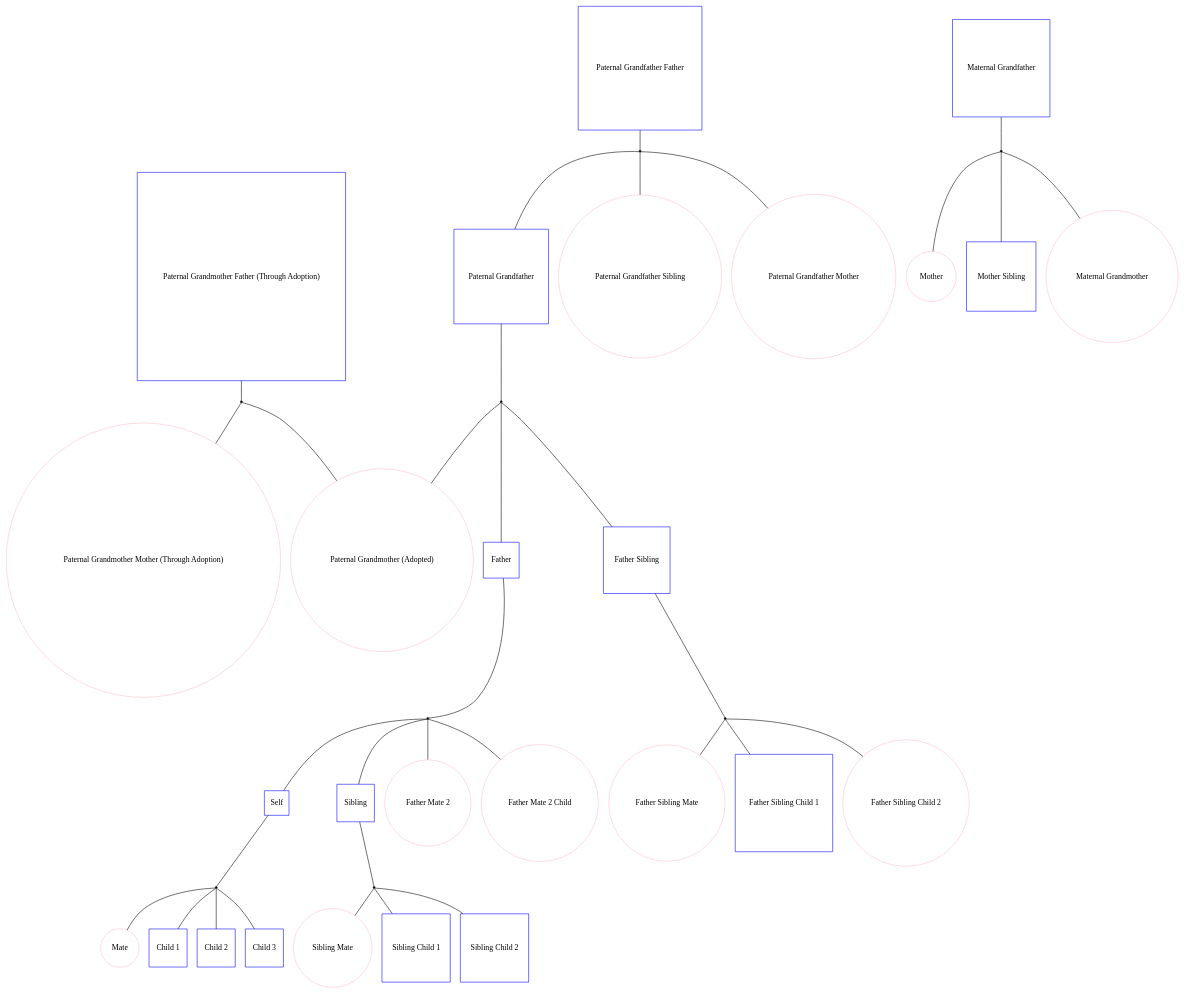
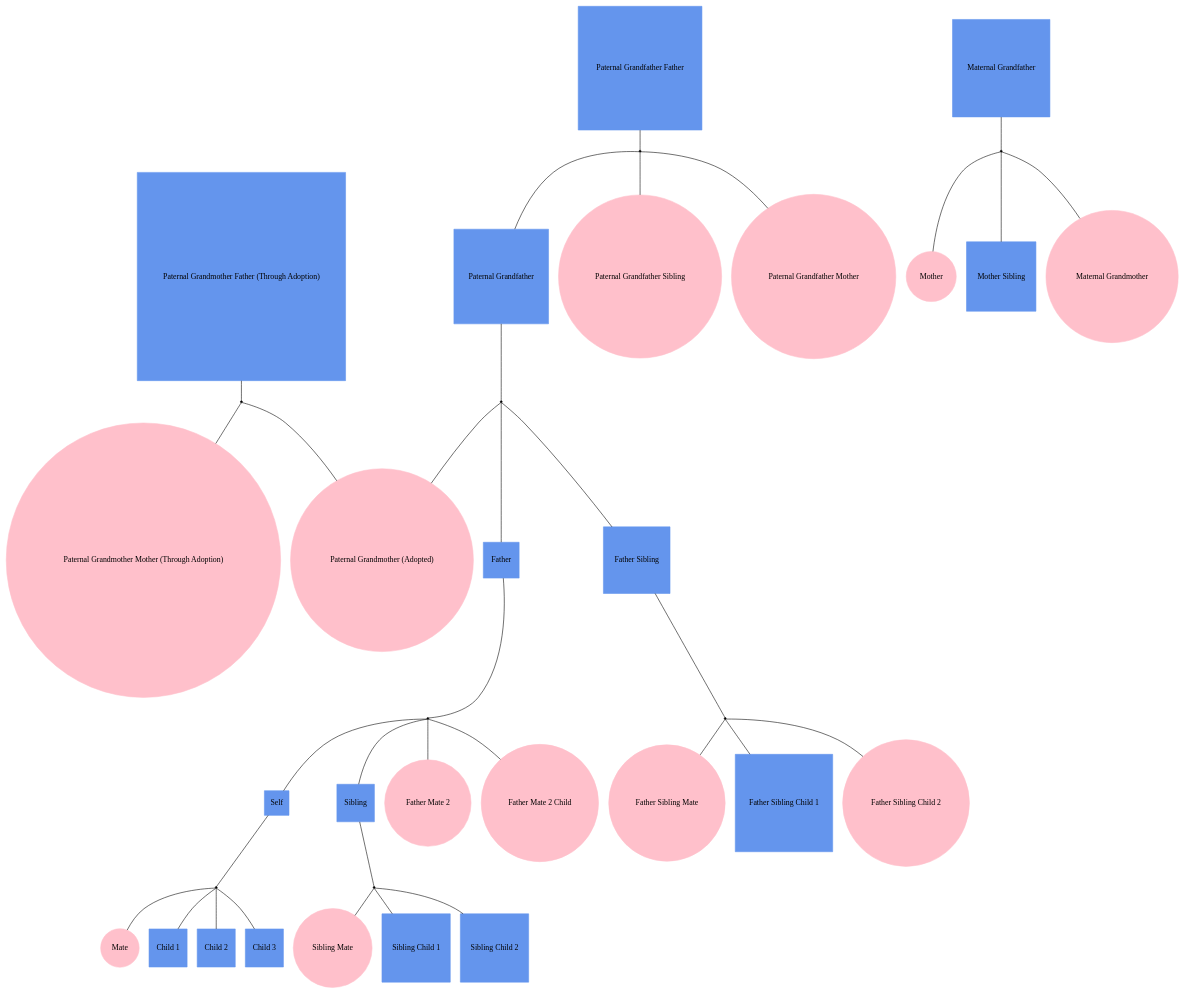
One commit to phewing/teamM_L changed the diagram in encoder/out18.gv. Above: the diagram before and after it, drawn with Graphviz. The commit also changed 21 other files, not shown here.

```diff
--- a/encoder/out18.gv
+++ b/encoder/out18.gv
@@ -1,66 +1,66 @@
 
 graph f18 {
-"Self" [shape=box, regular=1, color="blue"];
-"Mate" [shape=oval, regular=1, color="pink"];
-"Child 1" [shape=box, regular=1, color="blue"];
-"Child 2" [shape=box, regular=1, color="blue"];
-"Child 3" [shape=box, regular=1, color="blue"];
-"Sibling" [shape=box, regular=1, color="blue"];
-"Sibling Mate" [shape=oval, regular=1, color="pink"];
-"Sibling Child 1" [shape=box, regular=1, color="blue"];
-"Sibling Child 2" [shape=box, regular=1, color="blue"];
-"Mother" [shape=oval, regular=1, color="pink"];
-"Mother Sibling" [shape=box, regular=1, color="blue"];
-"Maternal Grandmother" [shape=oval, regular=1, color="pink"];
-"Maternal Grandfather" [shape=box, regular=1, color="blue"];
-"Father" [shape=box, regular=1, color="blue"];
-"Father Mate 2" [shape=oval, regular=1, color="pink"];
-"Father Mate 2 Child" [shape=oval, regular=1, color="pink"];
-"Father Sibling" [shape=box, regular=1, color="blue"];
-"Father Sibling Mate" [shape=oval, regular=1, color="pink"];
-"Father Sibling Child 1" [shape=box, regular=1, color="blue"];
-"Father Sibling Child 2" [shape=oval, regular=1, color="pink"];
-"Paternal Grandmother (Adopted)" [shape=oval, regular=1, color="pink"];
-"Paternal Grandmother Mother (Through Adoption)" [shape=oval, regular=1, color="pink"];
-"Paternal Grandmother Father (Through Adoption)" [shape=box, regular=1, color="blue"];
-"Paternal Grandfather" [shape=box, regular=1, color="blue"];
-"Paternal Grandfather Sibling" [shape=oval, regular=1, color="pink"];
-"Paternal Grandfather Mother" [shape=oval, regular=1, color="pink"];
-"Paternal Grandfather Father" [shape=box, regular=1, color="blue"];
+"Self" [shape=box, style=filled, regular=1, color="cornflowerblue"];
+"Mate" [shape=oval, style=filled, regular=1, color="pink"];
+"Child 1" [shape=box, style=filled, regular=1, color="cornflowerblue"];
+"Child 2" [shape=box, style=filled, regular=1, color="cornflowerblue"];
+"Child 3" [shape=box, style=filled, regular=1, color="cornflowerblue"];
+"Sibling" [shape=box, style=filled, regular=1, color="cornflowerblue"];
+"Sibling Mate" [shape=oval, style=filled, regular=1, color="pink"];
+"Sibling Child 1" [shape=box, style=filled, regular=1, color="cornflowerblue"];
+"Sibling Child 2" [shape=box, style=filled, regular=1, color="cornflowerblue"];
+"Mother" [shape=oval, style=filled, regular=1, color="pink"];
+"Mother Sibling" [shape=box, style=filled, regular=1, color="cornflowerblue"];
+"Maternal Grandmother" [shape=oval, style=filled, regular=1, color="pink"];
+"Maternal Grandfather" [shape=box, style=filled, regular=1, color="cornflowerblue"];
+"Father" [shape=box, style=filled, regular=1, color="cornflowerblue"];
+"Father Mate 2" [shape=oval, style=filled, regular=1, color="pink"];
+"Father Mate 2 Child" [shape=oval, style=filled, regular=1, color="pink"];
+"Father Sibling" [shape=box, style=filled, regular=1, color="cornflowerblue"];
+"Father Sibling Mate" [shape=oval, style=filled, regular=1, color="pink"];
+"Father Sibling Child 1" [shape=box, style=filled, regular=1, color="cornflowerblue"];
+"Father Sibling Child 2" [shape=oval, style=filled, regular=1, color="pink"];
+"Paternal Grandmother (Adopted)" [shape=oval, style=filled, regular=1, color="pink"];
+"Paternal Grandmother Mother (Through Adoption)" [shape=oval, style=filled, regular=1, color="pink"];
+"Paternal Grandmother Father (Through Adoption)" [shape=box, style=filled, regular=1, color="cornflowerblue"];
+"Paternal Grandfather" [shape=box, style=filled, regular=1, color="cornflowerblue"];
+"Paternal Grandfather Sibling" [shape=oval, style=filled, regular=1, color="pink"];
+"Paternal Grandfather Mother" [shape=oval, style=filled, regular=1, color="pink"];
+"Paternal Grandfather Father" [shape=box, style=filled, regular=1, color="cornflowerblue"];
 
 "self+mate" [shape=point];
 "sibling+siblingmate" [shape=point];
 "maternalgrandfather+maternalgrandmother" [shape=point];
 "father+fathermate2" [shape=point];
 "fathersibling+fathersiblingmate" [shape=point];
 "paternalgrandmotherfather(throughadoption)+paternalgrandmothermother(throughadoption)" [shape=point];
 "paternalgrandfather+paternalgrandmother(adopted)" [shape=point];
 "paternalgrandfatherfather+paternalgrandfathermother" [shape=point];
 
 "Self" -- "self+mate" -- "Mate";
 "Sibling" -- "sibling+siblingmate" -- "Sibling Mate";
 "Maternal Grandfather" -- "maternalgrandfather+maternalgrandmother" -- "Maternal Grandmother";
 "Father" -- "father+fathermate2" -- "Father Mate 2";
 "Father Sibling" -- "fathersibling+fathersiblingmate" -- "Father Sibling Mate";
 "Paternal Grandmother Father (Through Adoption)" -- "paternalgrandmotherfather(throughadoption)+paternalgrandmothermother(throughadoption)" -- "Paternal Grandmother Mother (Through Adoption)";
 "Paternal Grandfather" -- "paternalgrandfather+paternalgrandmother(adopted)" -- "Paternal Grandmother (Adopted)";
 "Paternal Grandfather Father" -- "paternalgrandfatherfather+paternalgrandfathermother" -- "Paternal Grandfather Mother";
 
 "father+fathermate2" -- "Self";
 "self+mate" -- "Child 1";
 "self+mate" -- "Child 2";
 "self+mate" -- "Child 3";
 "father+fathermate2" -- "Sibling";
 "sibling+siblingmate" -- "Sibling Child 1";
 "sibling+siblingmate" -- "Sibling Child 2";
 "maternalgrandfather+maternalgrandmother" -- "Mother";
 "maternalgrandfather+maternalgrandmother" -- "Mother Sibling";
 "paternalgrandfather+paternalgrandmother(adopted)" -- "Father";
 "father+fathermate2" -- "Father Mate 2 Child";
 "paternalgrandfather+paternalgrandmother(adopted)" -- "Father Sibling";
 "fathersibling+fathersiblingmate" -- "Father Sibling Child 1";
 "fathersibling+fathersiblingmate" -- "Father Sibling Child 2";
 "paternalgrandmotherfather(throughadoption)+paternalgrandmothermother(throughadoption)" -- "Paternal Grandmother (Adopted)";
 "paternalgrandfatherfather+paternalgrandfathermother" -- "Paternal Grandfather";
 "paternalgrandfatherfather+paternalgrandfathermother" -- "Paternal Grandfather Sibling";
 }
```
